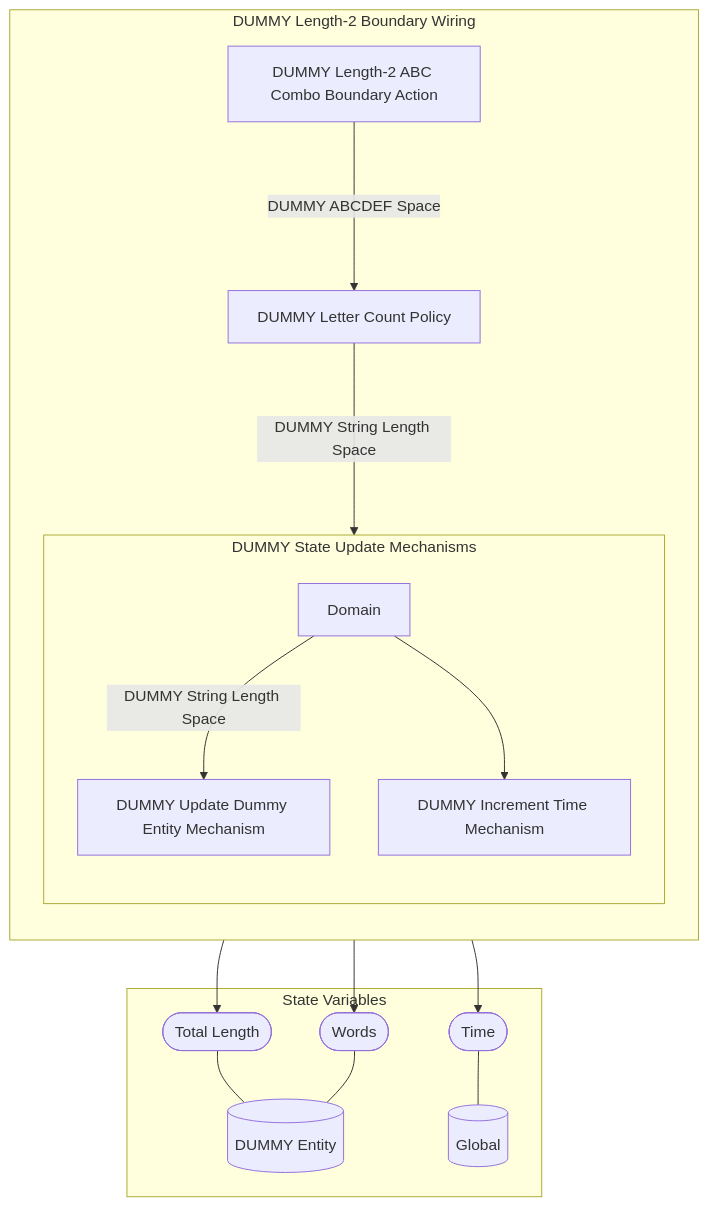
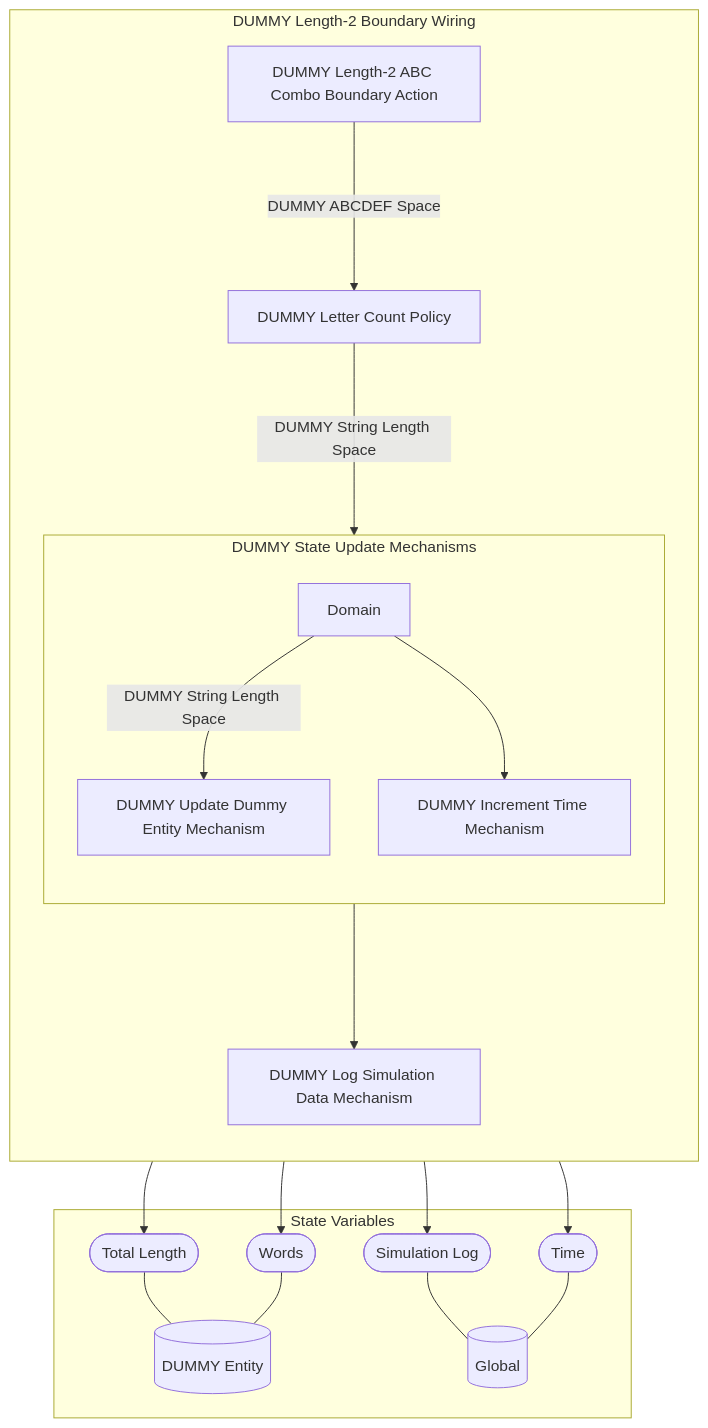
The diagram in reports/obsidian/Wiring/DUMMY Length-2 Boundary Wiring.md (BlockScience/MSML-Template), drawn with Mermaid before and after one commit. The commit also changed other lines of this file and 16 other files, not shown here.

Commit message:
Log simulation into spec

````diff
--- a/reports/obsidian/Wiring/DUMMY Length-2 Boundary Wiring.md
+++ b/reports/obsidian/Wiring/DUMMY Length-2 Boundary Wiring.md
@@ -3,36 +3,41 @@
 ```mermaid
 graph TB
 
 subgraph SVS["State Variables"]
 EE0[("DUMMY Entity")]
 EE1[("Global")]
 EES0(["Total Length"])
 EES0 --- EE0
 EES1(["Words"])
 EES1 --- EE0
-EES2(["Time"])
+EES2(["Simulation Log"])
 EES2 --- EE1
+EES3(["Time"])
+EES3 --- EE1
 end
 
-subgraph X8["DUMMY Length-2 Boundary Wiring"]
+subgraph X9["DUMMY Length-2 Boundary Wiring"]
 direction TB
 X1["DUMMY Length-2 ABC Combo Boundary Action"]
 X2["DUMMY Letter Count Policy"]
 subgraph X7["DUMMY State Update Mechanisms"]
 direction TB
 X3["DUMMY Update Dummy Entity Mechanism"]
 X3 --> EES1
 X3 --> EES0
 X4["DUMMY Increment Time Mechanism"]
-X4 --> EES2
+X4 --> EES3
 X5[Domain]
 
 direction LR
 direction TB
 X5 --"DUMMY String Length Space"--> X3
 X5 --> X4
 end
+X8["DUMMY Log Simulation Data Mechanism"]
+X8 --> EES2
 X1--"DUMMY ABCDEF Space"--->X2
 X2--"DUMMY String Length Space"--->X7
+X7--->X8
 end
 ```
````
